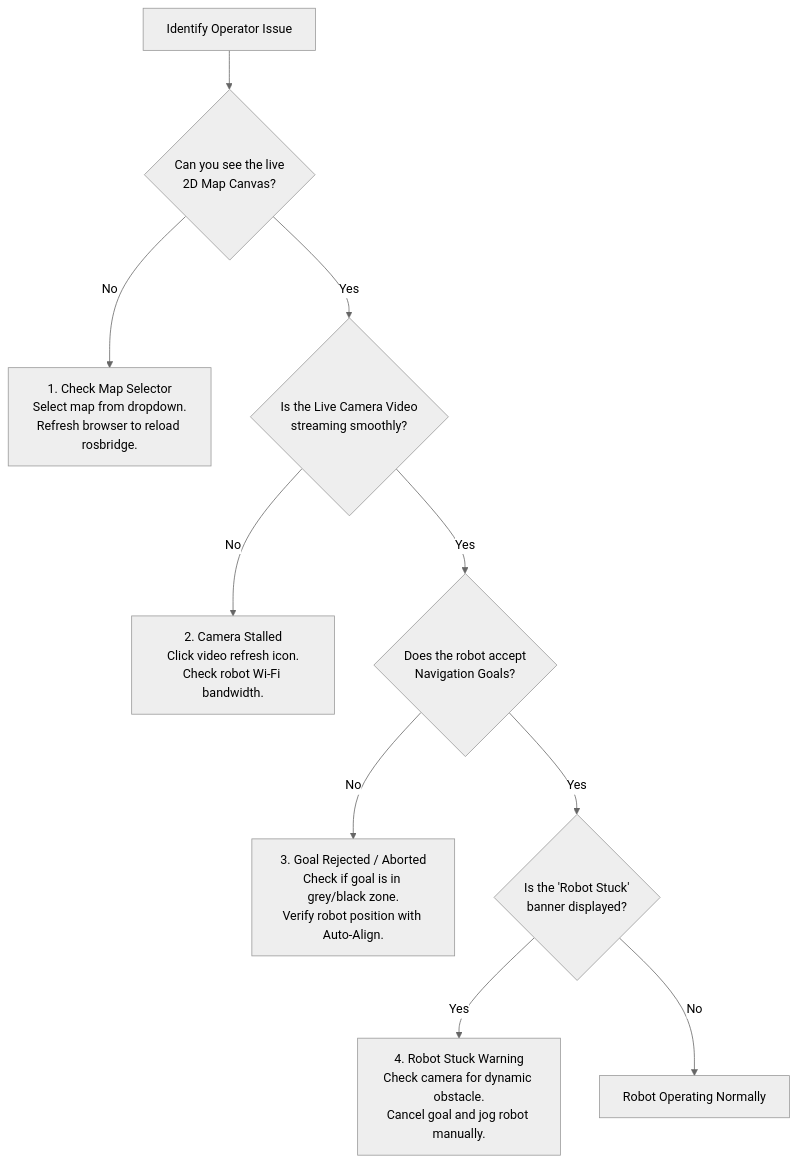
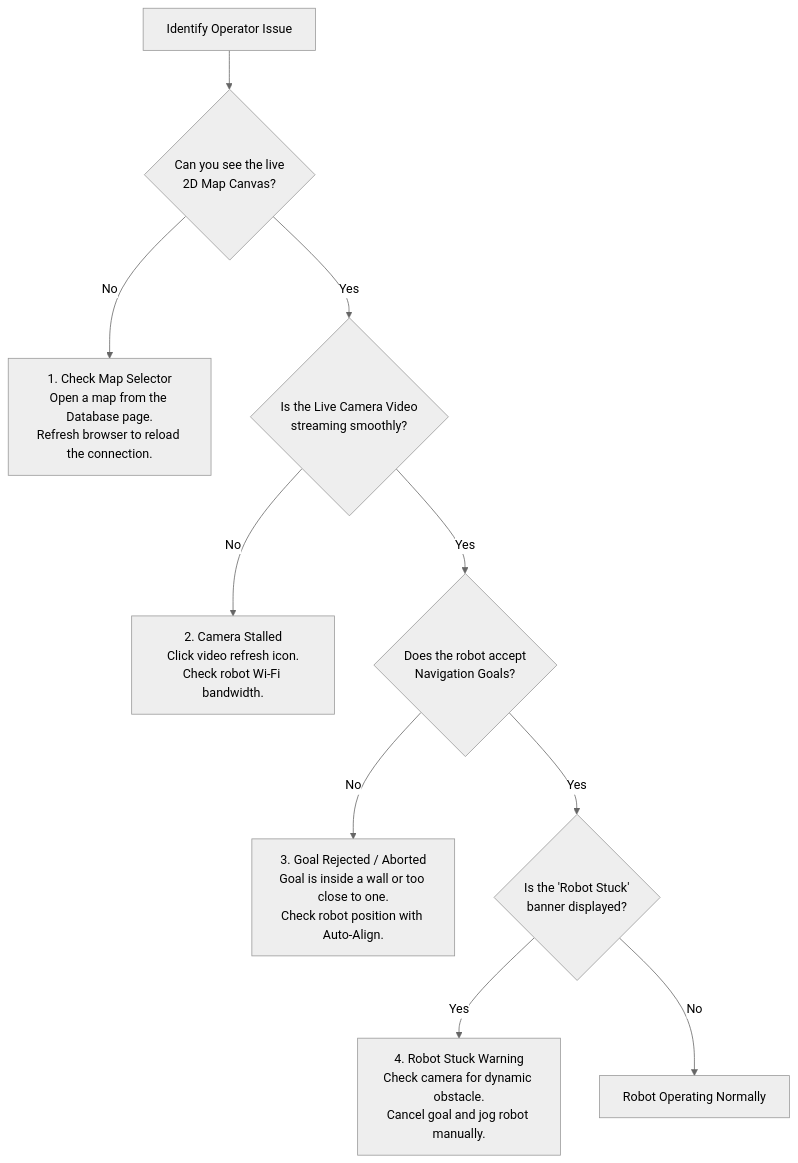
The diagram in docs/id/user-guide/troubleshooting.md (itbdelaboprogramming/msd700_documentation), drawn with Mermaid (neutral theme) before and after one commit. The commit also changed other lines of this file and 35 other files, not shown here.

````diff
--- a/docs/id/user-guide/troubleshooting.md
+++ b/docs/id/user-guide/troubleshooting.md
@@ -22,16 +22,16 @@
 ```mermaid
 flowchart TD
   START["Identify Operator Issue"] --> Q1{"Can you see the live<br/>2D Map Canvas?"}
 
-  Q1 -->|No| MAP_BLANK["1. Check Map Selector<br/>Select map from dropdown.<br/>Refresh browser to reload rosbridge."]
+  Q1 -->|No| MAP_BLANK["1. Check Map Selector<br/>Open a map from the Database page.<br/>Refresh browser to reload the connection."]
   Q1 -->|Yes| Q2{"Is the Live Camera Video<br/>streaming smoothly?"}
 
   Q2 -->|No| CAM_STALL["2. Camera Stalled<br/>Click video refresh icon.<br/>Check robot Wi-Fi bandwidth."]
   Q2 -->|Yes| Q3{"Does the robot accept<br/>Navigation Goals?"}
 
-  Q3 -->|No| GOAL_FAIL["3. Goal Rejected / Aborted<br/>Check if goal is in grey/black zone.<br/>Verify robot position with Auto-Align."]
+  Q3 -->|No| GOAL_FAIL["3. Goal Rejected / Aborted<br/>Goal is inside a wall or too close to one.<br/>Check robot position with Auto-Align."]
   Q3 -->|Yes| Q4{"Is the 'Robot Stuck'<br/>banner displayed?"}
 
   Q4 -->|Yes| STUCK_CHK["4. Robot Stuck Warning<br/>Check camera for dynamic obstacle.<br/>Cancel goal and jog robot manually."]
   Q4 -->|No| ALL_OK["Robot Operating Normally"]
 ```
````
